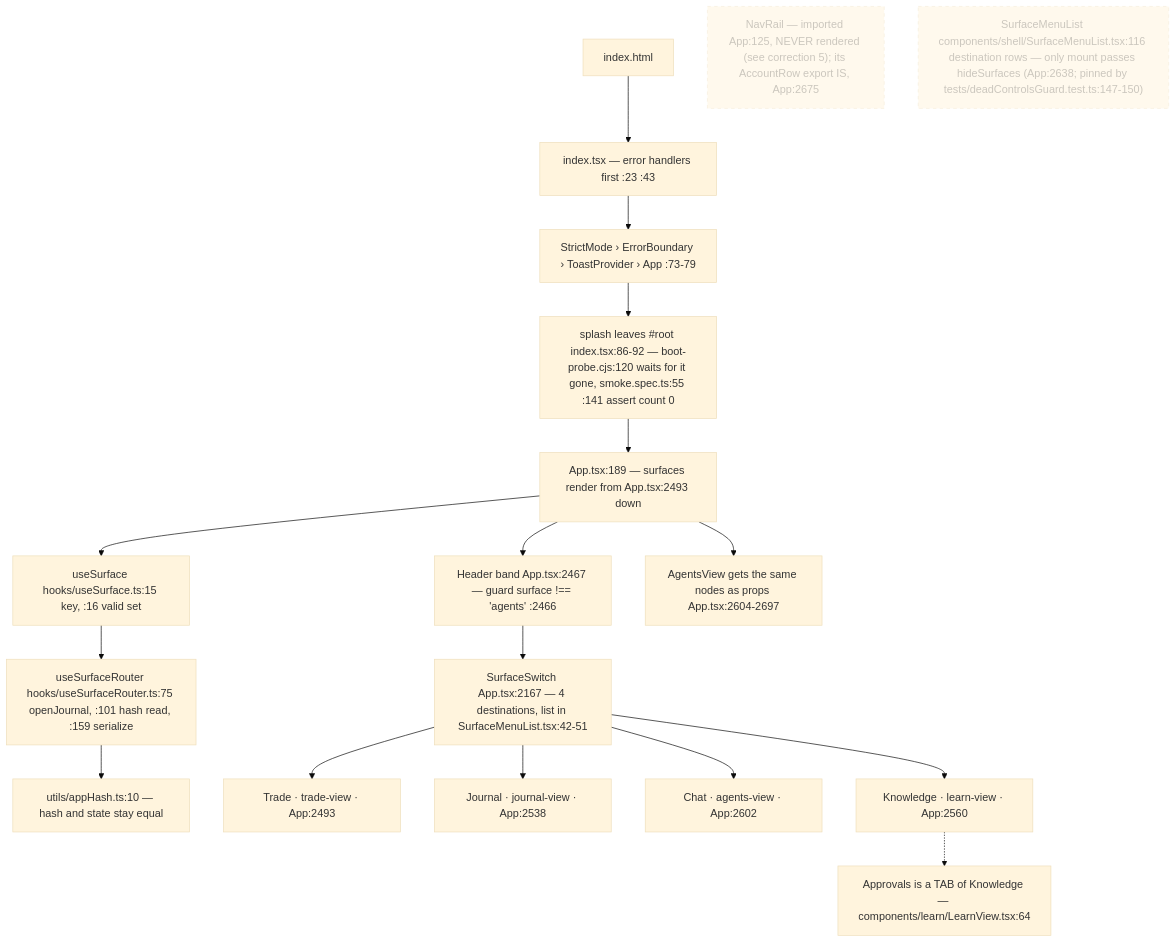
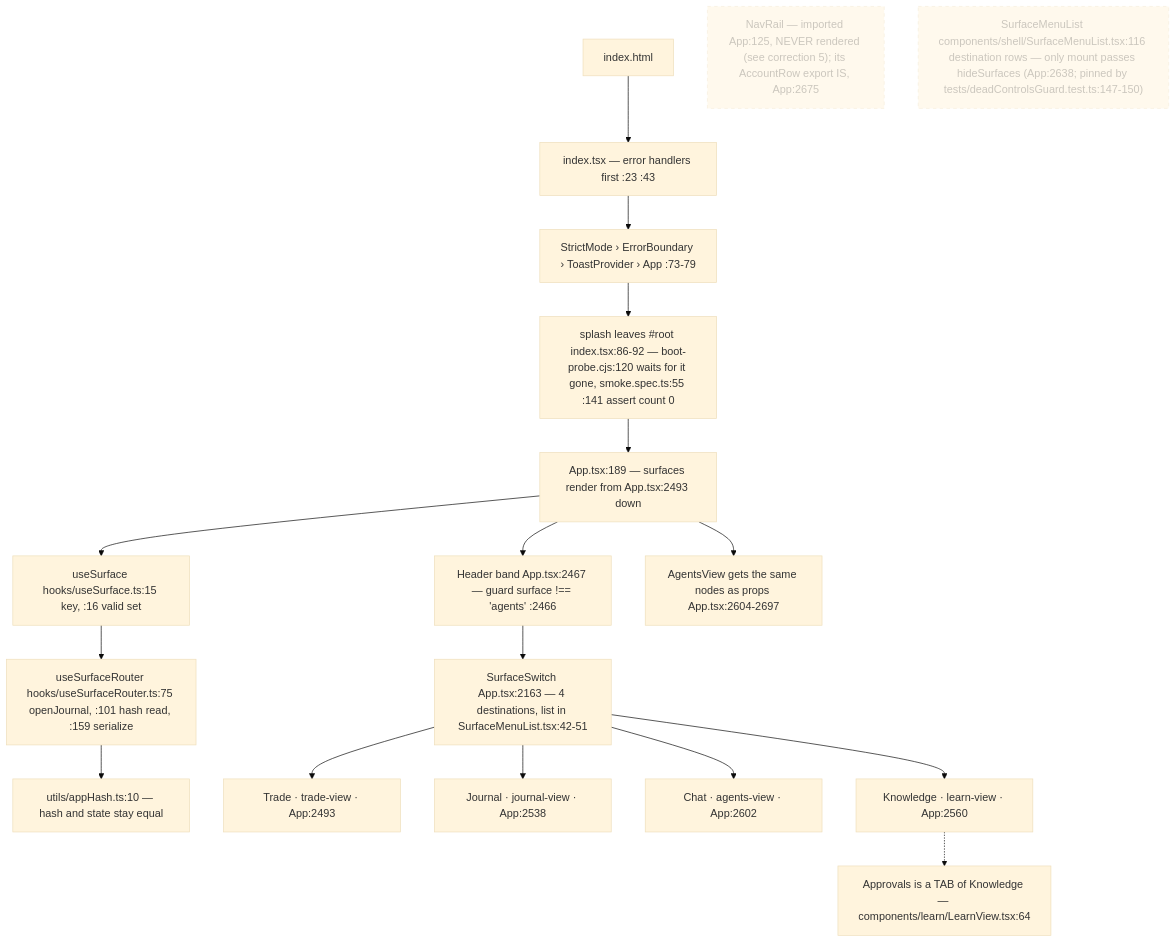
One commit to Acepay25/august-3.5 changed the first of 7 diagrams in docs/app-flow.md. Above: the diagram before and after it, drawn with Mermaid (base theme). The commit also changed other lines of this file and 13 other files, not shown here.

````diff
--- a/docs/app-flow.md
+++ b/docs/app-flow.md
@@ -21,21 +21,21 @@
 ```mermaid
 flowchart TD
     H["index.html"] --> I["index.tsx — error handlers first :23 :43"]
     I --> S["StrictMode › ErrorBoundary › ToastProvider › App :73-79"]
     S --> SP["splash leaves #root index.tsx:86-92 — boot-probe.cjs:120 waits for it gone, smoke.spec.ts:55 :141 assert count 0"]
     SP --> APP["App.tsx:189 — surfaces render from App.tsx:2493 down"]
     APP --> US["useSurface hooks/useSurface.ts:15 key, :16 valid set"]
     US --> UR["useSurfaceRouter hooks/useSurfaceRouter.ts:75 openJournal, :101 hash read, :159 serialize"]
     UR --> HASH["utils/appHash.ts:10 — hash and state stay equal"]
     APP --> HD["Header band App.tsx:2467 — guard surface !== 'agents' :2466"]
-    HD --> SW["SurfaceSwitch App.tsx:2167 — 4 destinations, list in SurfaceMenuList.tsx:42-51"]
+    HD --> SW["SurfaceSwitch App.tsx:2163 — 4 destinations, list in SurfaceMenuList.tsx:42-51"]
     APP --> AV["AgentsView gets the same nodes as props App.tsx:2604-2697"]
     SW --> T["Trade · trade-view · App:2493"]
     SW --> J["Journal · journal-view · App:2538"]
     SW --> C["Chat · agents-view · App:2602"]
     SW --> K["Knowledge · learn-view · App:2560"]
     K -.-> AP["Approvals is a TAB of Knowledge — components/learn/LearnView.tsx:64"]
     NR["NavRail — imported App:125, NEVER rendered (see correction 5); its AccountRow export IS, App:2675"]:::dead
     SM["SurfaceMenuList components/shell/SurfaceMenuList.tsx:116 destination rows — only mount passes hideSurfaces (App:2638; pinned by tests/deadControlsGuard.test.ts:147-150)"]:::dead
     classDef dead stroke-dasharray: 5 5,opacity:.5
 ```
````
